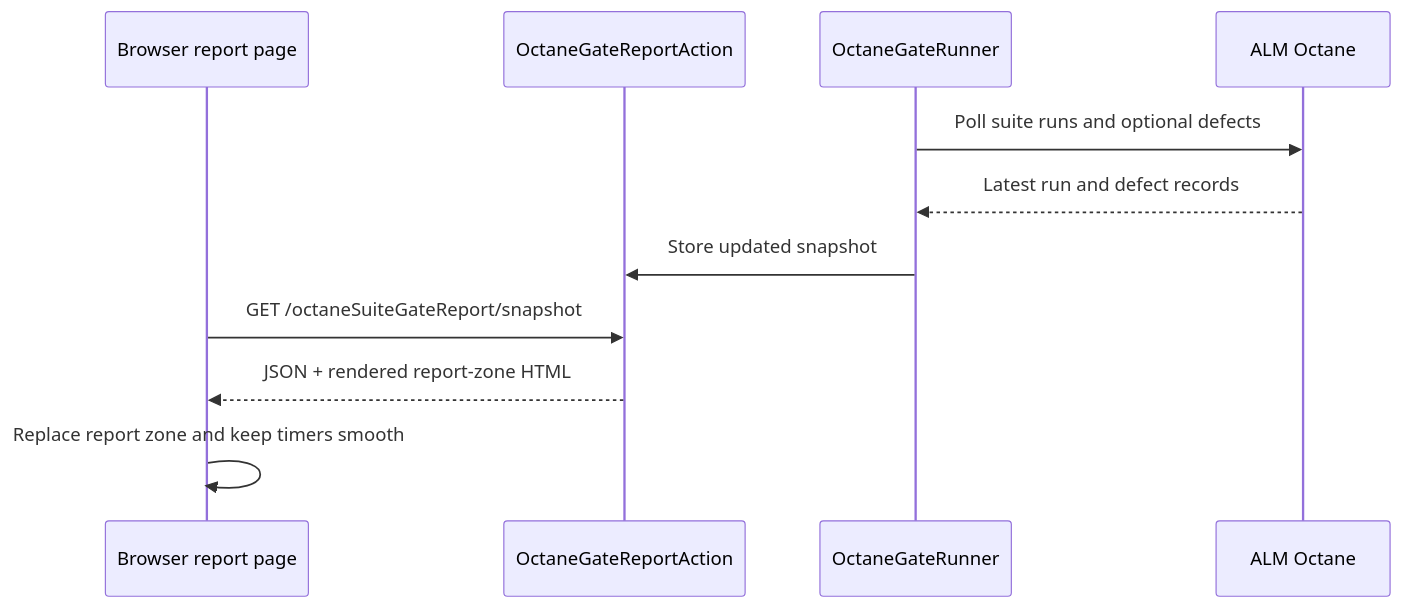
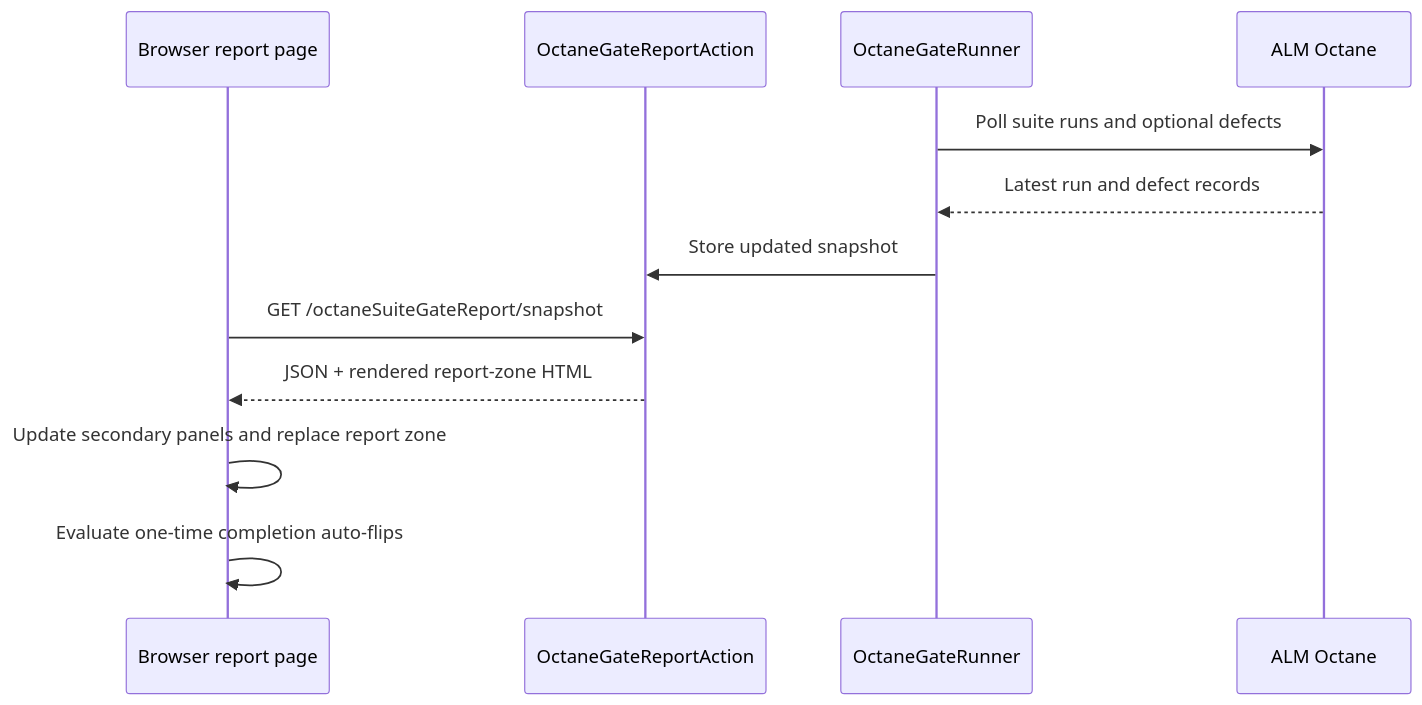
One commit to Crustacean/octanePlugin changed the third of 4 diagrams in ARCHITECTURE.md. Above: the diagram before and after it, drawn with Mermaid. The commit also changed other lines of this file and 2 other files, not shown here.

````diff
--- a/ARCHITECTURE.md
+++ b/ARCHITECTURE.md
@@ -312,14 +313,15 @@
 ```mermaid
 sequenceDiagram
   participant Browser as Browser report page
   participant Action as OctaneGateReportAction
   participant Runner as OctaneGateRunner
   participant Octane as ALM Octane
 
   Runner->>Octane: Poll suite runs and optional defects
   Octane-->>Runner: Latest run and defect records
   Runner->>Action: Store updated snapshot
   Browser->>Action: GET /octaneSuiteGateReport/snapshot
   Action-->>Browser: JSON + rendered report-zone HTML
-  Browser->>Browser: Replace report zone and keep timers smooth
+  Browser->>Browser: Update secondary panels and replace report zone
+  Browser->>Browser: Evaluate one-time completion auto-flips
 ```
````
